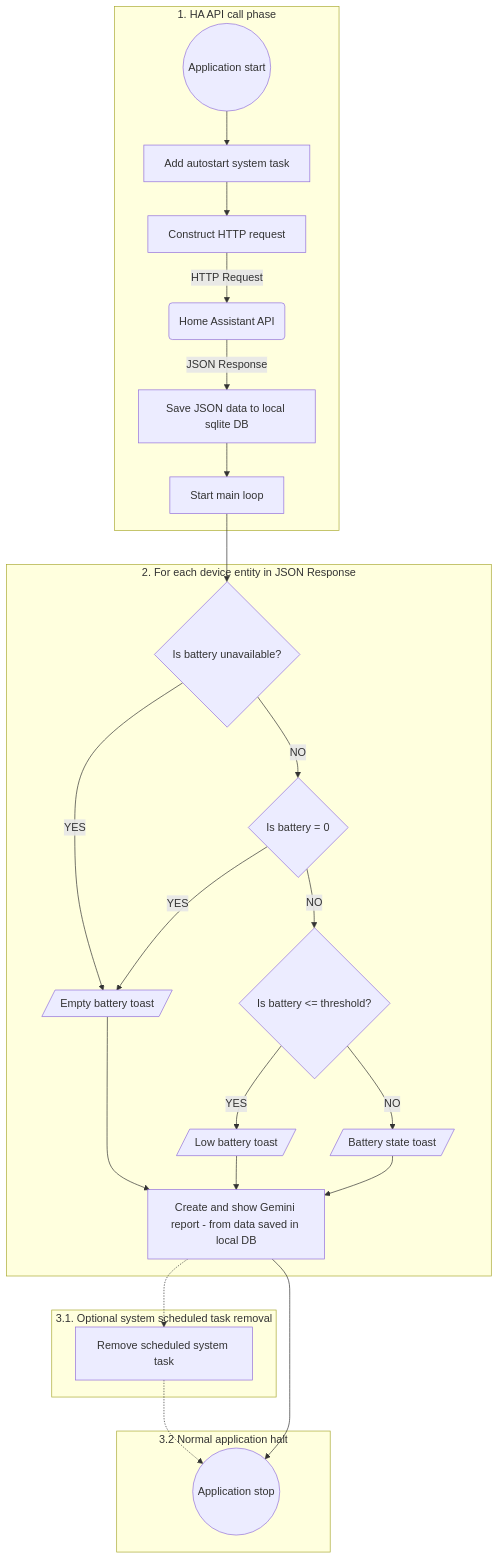
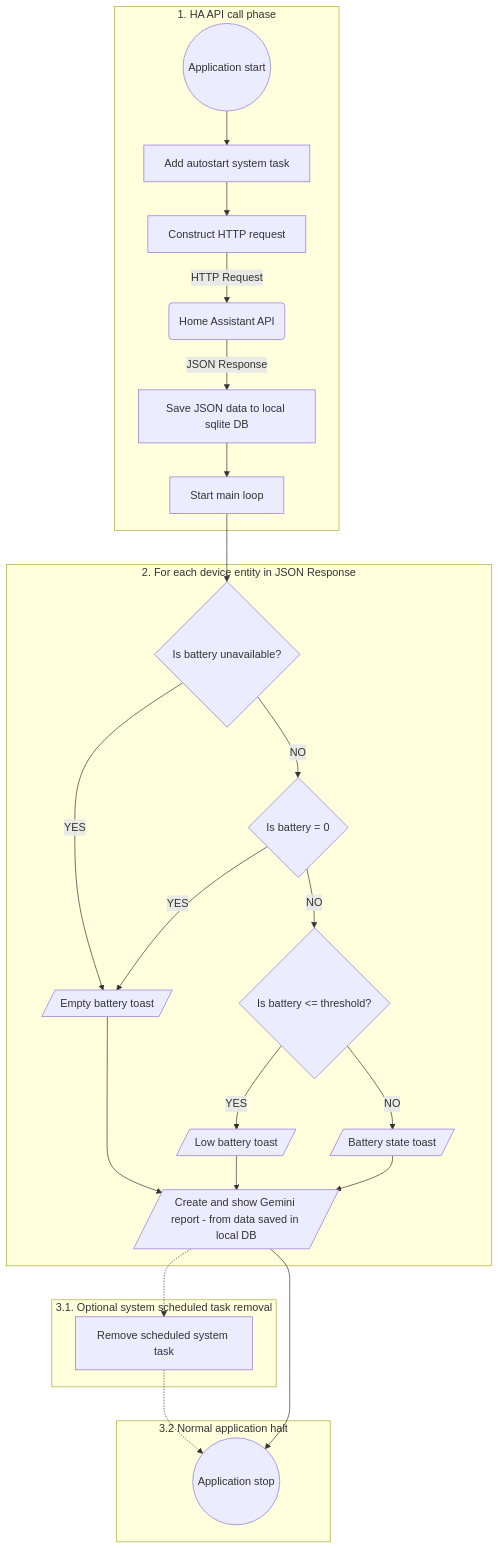
One commit to ToMiDevelop/HABatteryCheckerForWindows changed the diagram in README.md. Above: the diagram before and after it, drawn with Mermaid.

Commit message:
Minor corrections.

````diff
--- a/README.md
+++ b/README.md
@@ -48,44 +48,44 @@
 ```mermaid
 graph TD
 Start((Application start))
 Stop((Application stop))
 TaskOn[Add autostart system task]
 TaskOff[Remove scheduled system task]
 ConstructRequest[Construct HTTP request]
 Api(Home Assistant API)
 BatUnav{Is battery unavailable?};
 Low@{shape: lean-r, label: "Low battery toast"}
 Full@{shape: lean-r, label: "Battery state toast"}
 Empty@{shape: lean-r, label: "Empty battery toast"}
 Zero{Is battery = 0}
 Threshold{Is battery <= threshold?}
 Loop[Start main loop]
-Gemini[Create and show Gemini report - from data saved in local DB]
+Gemini@{shape: lean-r, label: 'Create and show Gemini report - from data saved in local DB'}
 LocalDB[Save JSON data to local sqlite DB]
 subgraph start [1. HA API call phase]
     Start --> TaskOn
     TaskOn --> ConstructRequest
     ConstructRequest -->|HTTP Request| Api
     Api -->|JSON Response| LocalDB
     LocalDB --> Loop
 end
 subgraph for [2. For each device entity in JSON Response]
     Loop --> BatUnav
     BatUnav -->|YES| Empty
     BatUnav -->|NO| Zero
     Zero -->|YES| Empty
     Zero -->|NO| Threshold
     Threshold -->|YES| Low
     Threshold -->|NO| Full
     Empty --> Gemini
     Low --> Gemini
     Full --> Gemini
 end
 subgraph optional [3.1. Optional system scheduled task removal]
     Gemini -.-> TaskOff
 end
 subgraph normal [3.2 Normal application halt]
     TaskOff -.-> Stop
     Gemini --> Stop
 end
 ```
````
